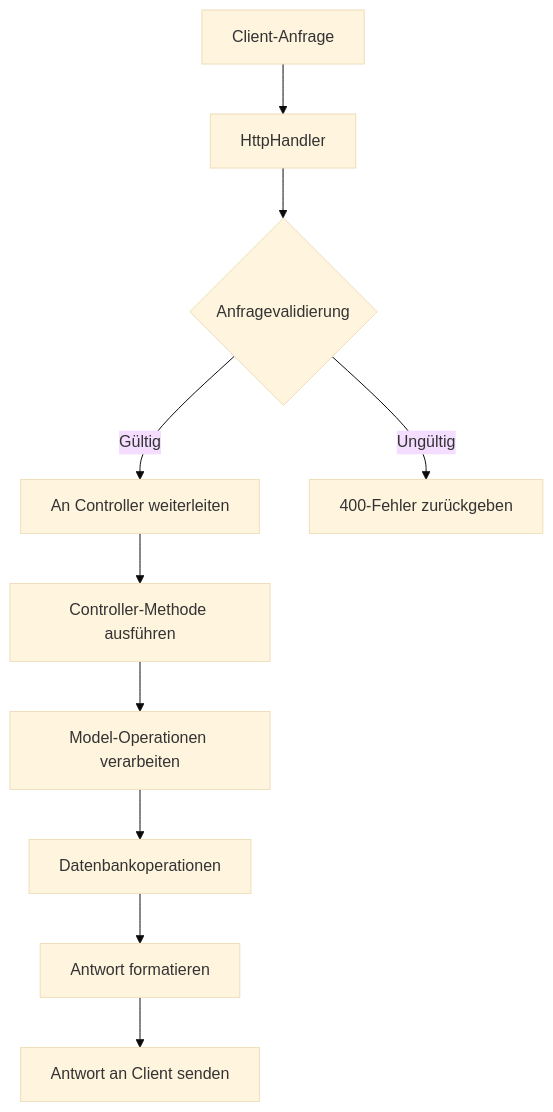
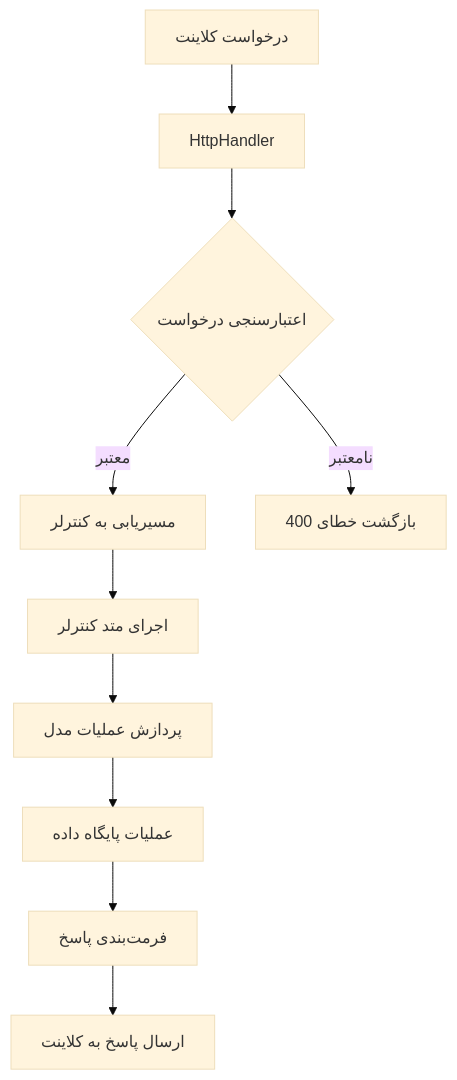
One commit to secure73/MicrosPy changed the first of 4 diagrams in DOCUMENTATION.de.md. Above: the diagram before and after it, drawn with Mermaid (base theme). The commit also changed other lines of this file and 2 other files, not shown here.

````diff
--- a/DOCUMENTATION.de.md
+++ b/DOCUMENTATION.de.md
@@ -535,12 +537,12 @@
 ```mermaid
 graph TD
-    A[Client-Anfrage] --> B[HttpHandler]
-    B --> C{Anfragevalidierung}
-    C -->|Gültig| D[An Controller weiterleiten]
-    C -->|Ungültig| E[400-Fehler zurückgeben]
-    D --> F[Controller-Methode ausführen]
-    F --> G[Model-Operationen verarbeiten]
-    G --> H[Datenbankoperationen]
-    H --> I[Antwort formatieren]
-    I --> J[Antwort an Client senden]
+    A[درخواست کلاینت] --> B[HttpHandler]
+    B --> C{اعتبارسنجی درخواست}
+    C -->|معتبر| D[مسیریابی به کنترلر]
+    C -->|نامعتبر| E[بازگشت خطای 400]
+    D --> F[اجرای متد کنترلر]
+    F --> G[پردازش عملیات مدل]
+    G --> H[عملیات پایگاه داده]
+    H --> I[فرمت‌بندی پاسخ]
+    I --> J[ارسال پاسخ به کلاینت]
 ```
````
